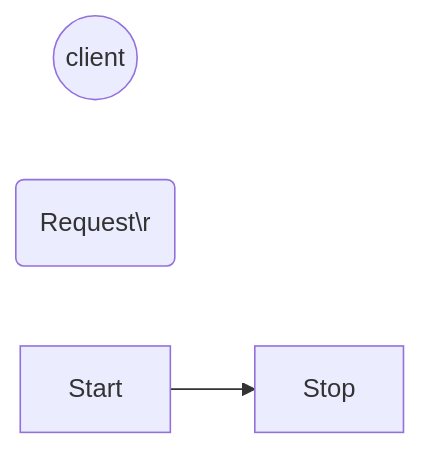
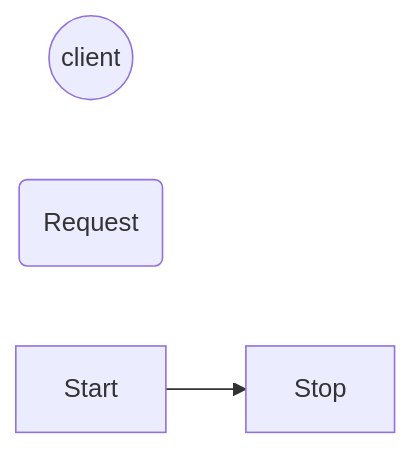
The diagram in all/未命名-7.md (googlelxhgithub/iodraw-files), drawn with Mermaid before and after one commit.

Commit message:
2024-08-30 19:00:44 update

````diff
--- a/all/未命名-7.md
+++ b/all/未命名-7.md
@@ -1,7 +1,7 @@
 ```mermaid
 flowchart LR
     C((client))
-    R(Request\r)
+    R(Request )
     Start --> Stop
   
 ```
````
